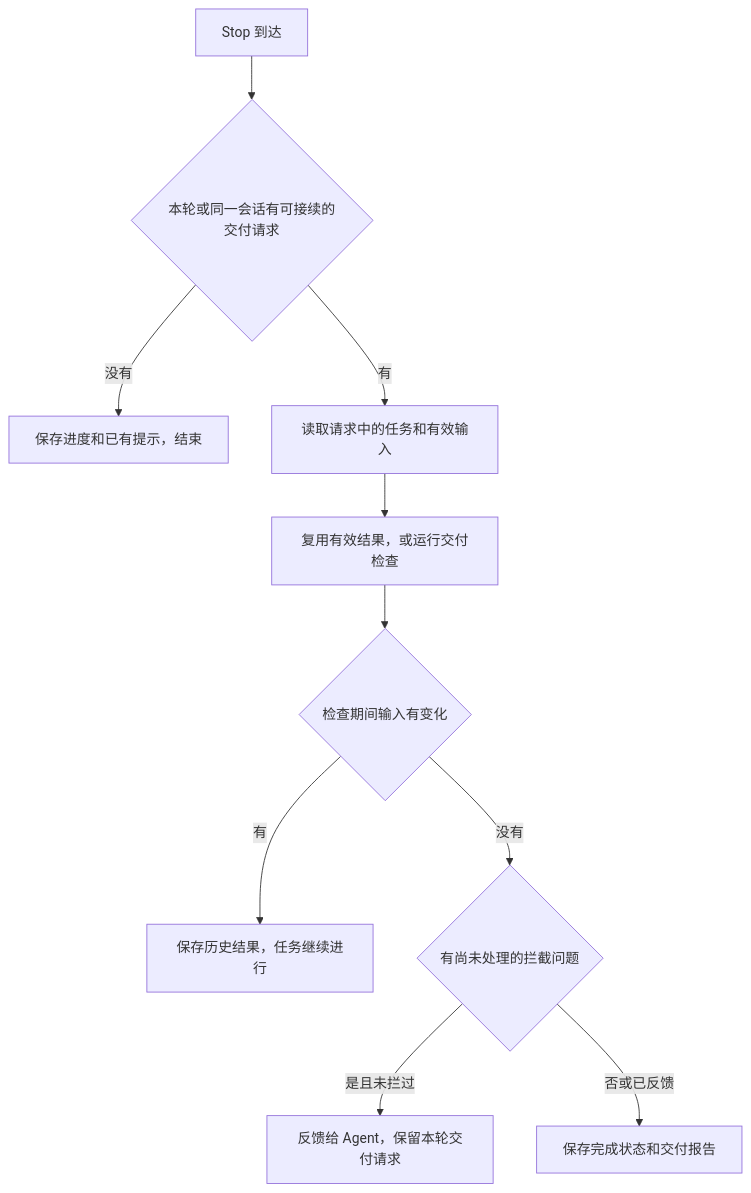
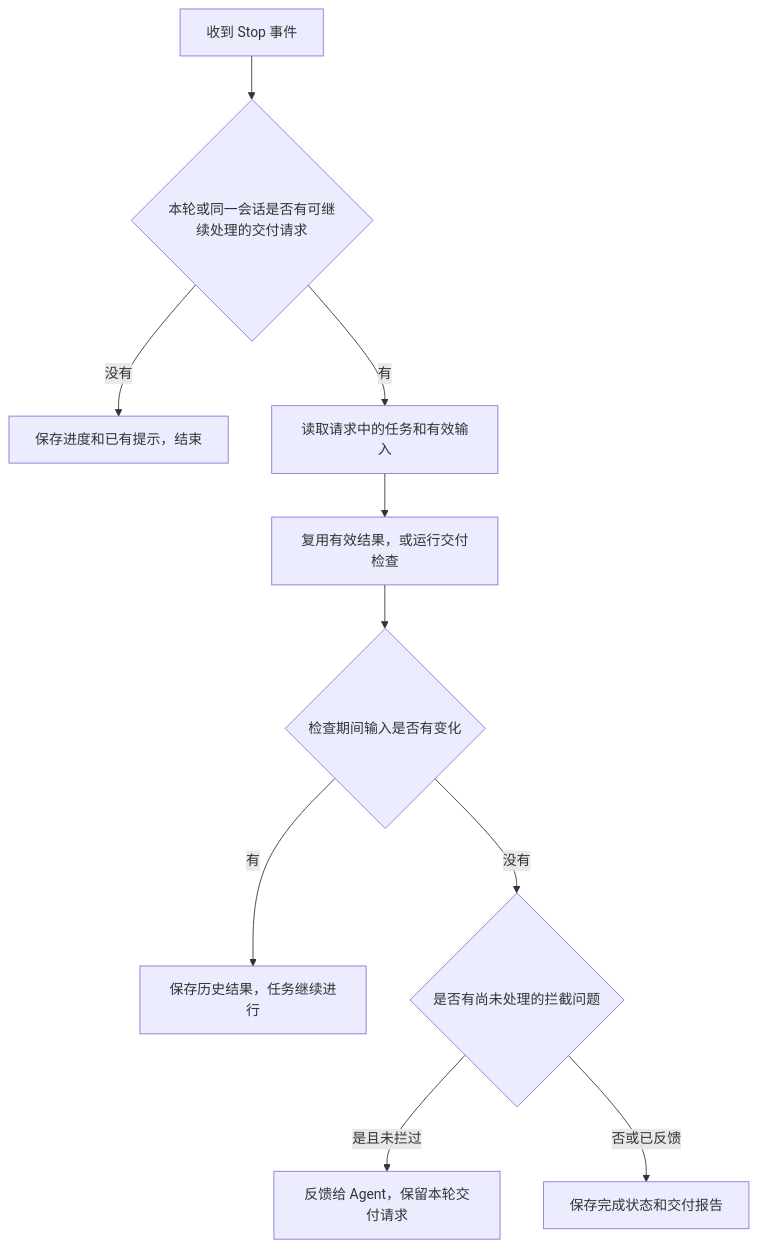
One commit to Innocent-children/TaskBelay changed the diagram in docs/product-agent-integration.md. Above: the diagram before and after it, drawn with Mermaid. The commit also changed other lines of this file and 63 other files, not shown here.

````diff
--- a/docs/product-agent-integration.md
+++ b/docs/product-agent-integration.md
@@ -88,12 +90,12 @@
 ```mermaid
 flowchart TB
-    A[Stop 到达] --> B{本轮或同一会话有可接续的交付请求}
+    A[收到 Stop 事件] --> B{本轮或同一会话是否有可继续处理的交付请求}
     B -->|没有| C[保存进度和已有提示，结束]
     B -->|有| D[读取请求中的任务和有效输入]
     D --> E[复用有效结果，或运行交付检查]
-    E --> F{检查期间输入有变化}
+    E --> F{检查期间输入是否有变化}
     F -->|有| G[保存历史结果，任务继续进行]
-    F -->|没有| H{有尚未处理的拦截问题}
+    F -->|没有| H{是否有尚未处理的拦截问题}
     H -->|是且未拦过| I[反馈给 Agent，保留本轮交付请求]
     H -->|否或已反馈| J[保存完成状态和交付报告]
 ```
````
